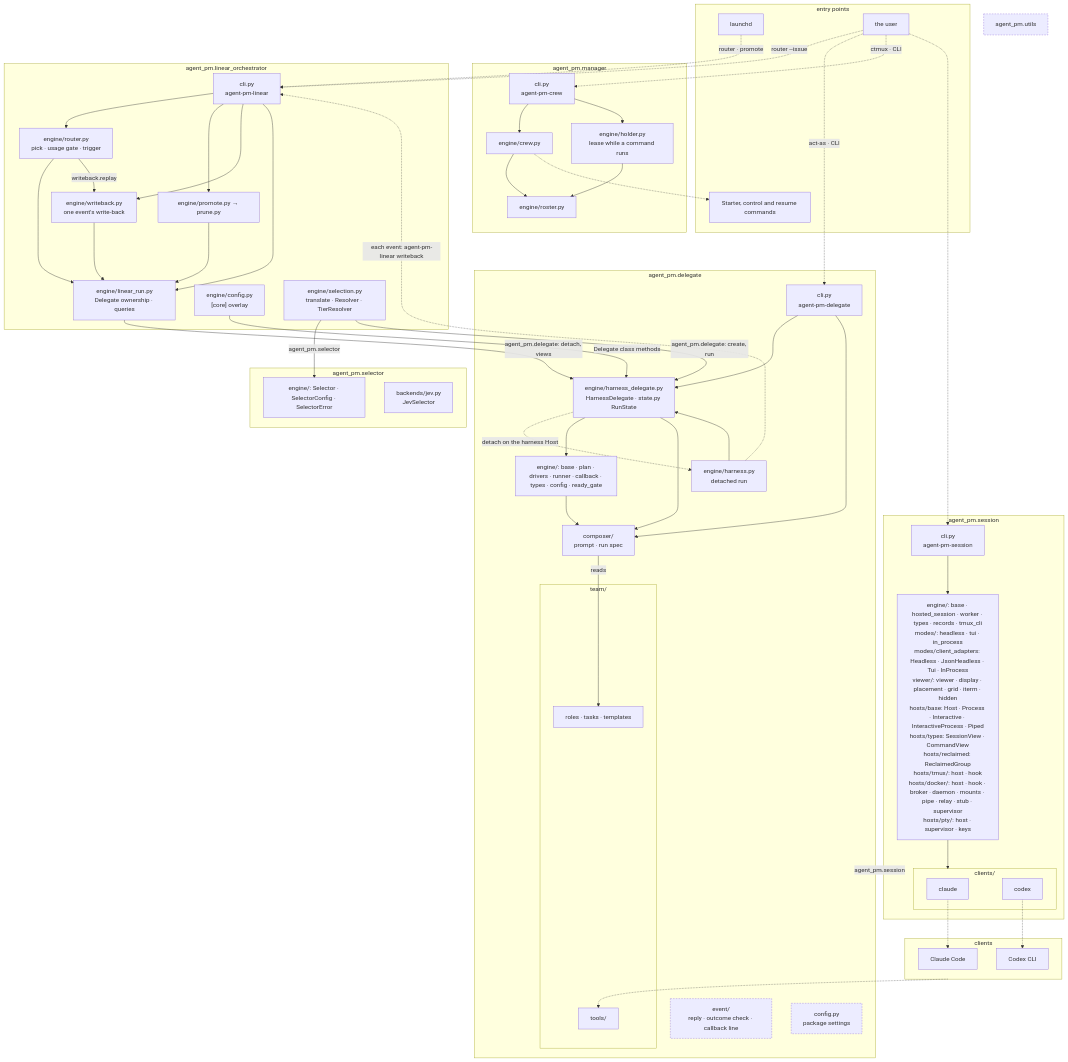
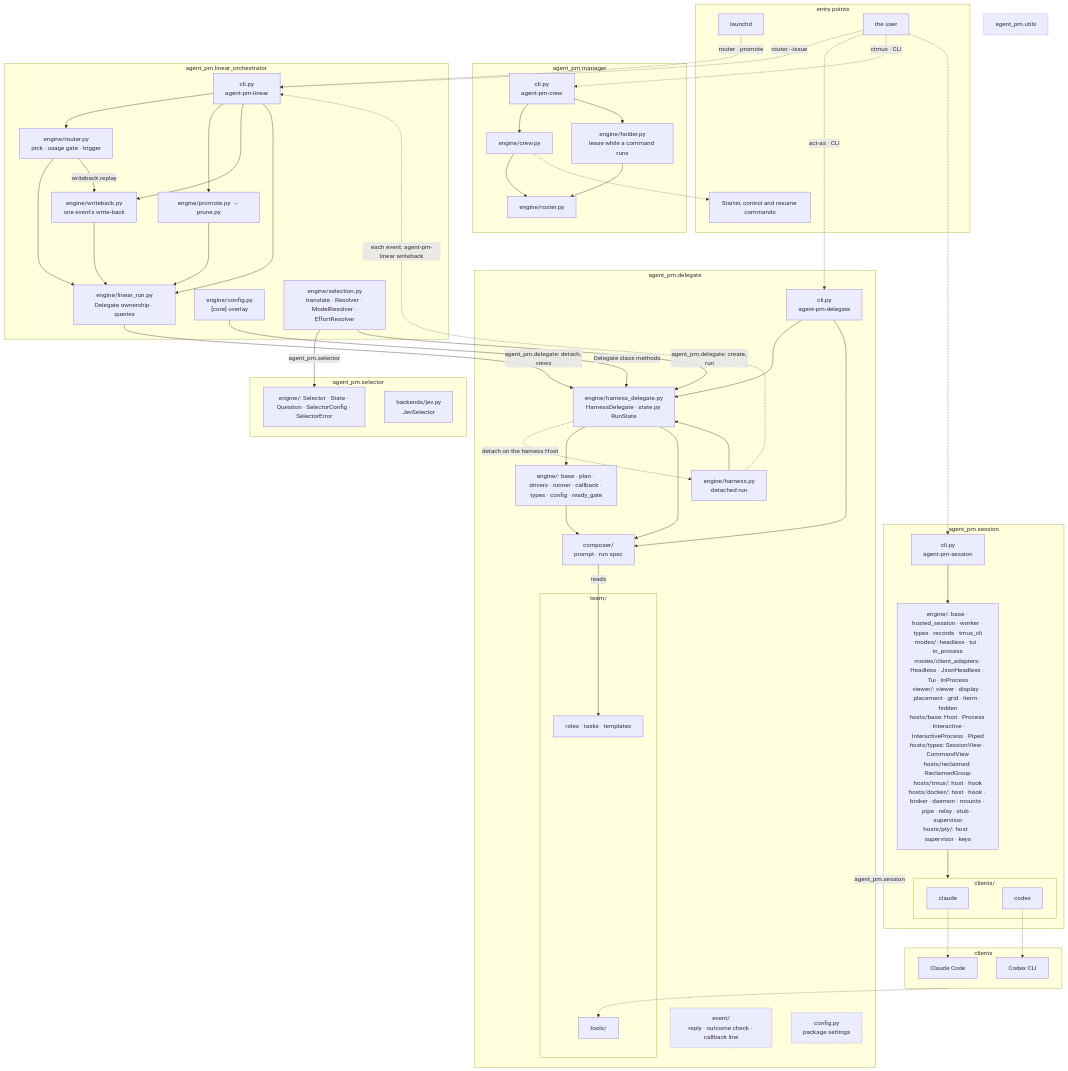
The first of 2 diagrams in docs/architecture.md (ophis/agent-pm), drawn with Mermaid before and after one commit. The commit also changed other lines of this file and 14 other files, not shown here.

Commit message:
selection: choose the model and the effort as two layers, each with its own question

````diff
--- a/docs/architecture.md
+++ b/docs/architecture.md
@@ -5,79 +5,79 @@
 ```mermaid
 flowchart TB
   subgraph EN[entry points]
     LD[launchd]
     HU[the user]
     CC[Starter, control and resume commands]
   end
   subgraph MG[agent_pm.manager]
     MC["cli.py<br>agent-pm-crew"] --> W["engine/crew.py"] --> RS["engine/roster.py"]
     MC --> HO["engine/holder.py<br>lease while a command runs"] --> RS
   end
   subgraph LO[agent_pm.linear_orchestrator]
     LCLI["cli.py<br>agent-pm-linear"]
     R["engine/router.py<br>pick · usage gate · trigger"]
     LR["engine/linear_run.py<br>Delegate ownership · queries"]
     WB["engine/writeback.py<br>one event's write-back"]
     PP["engine/promote.py → prune.py"]
     LC["engine/config.py<br>[core] overlay"]
-    SL["engine/selection.py<br>translate · Resolver · TierResolver"]
+    SL["engine/selection.py<br>translate · Resolver · ModelResolver · EffortResolver"]
   end
   subgraph SR[agent_pm.selector]
-    SS["engine/: Selector · SelectorConfig · SelectorError"]
+    SS["engine/: Selector · State · Question · SelectorConfig · SelectorError"]
     SJ["backends/jev.py<br>JevSelector"]
   end
   subgraph DL[agent_pm.delegate]
     D["cli.py<br>agent-pm-delegate"]
     HD["engine/harness_delegate.py<br>HarnessDelegate · state.py RunState"]
     H["engine/harness.py<br>detached run"]
     E["engine/: base · plan · drivers · runner · callback · types · config · ready_gate"]
     C["composer/<br>prompt · run spec"]
     EV["event/<br>reply · outcome check · callback line"]
     CF["config.py<br>package settings"]
     subgraph TM[team/]
       T["roles · tasks · templates"]
       AT[tools/]
     end
   end
   subgraph SE[agent_pm.session]
     SC["cli.py<br>agent-pm-session"]
     DR["engine/: base · hosted_session · worker · types · records · tmux_cli<br>modes/: headless · tui · in_process<br>modes/client_adapters: Headless · JsonHeadless · Tui · InProcess<br>viewer/: viewer · display · placement · grid · iterm · hidden<br>hosts/base: Host · Process · Interactive · InteractiveProcess · Piped<br>hosts/types: SessionView · CommandView<br>hosts/reclaimed: ReclaimedGroup<br>hosts/tmux/: host · hook<br>hosts/docker/: host · hook · broker · daemon · mounts · pipe · relay · stub · supervisor<br>hosts/pty/: host · supervisor · keys"]
     subgraph AD[clients/]
       CL[claude]
       CX[codex]
     end
   end
   U[agent_pm.utils]
   subgraph RT[clients]
     P1[Claude Code]
     P2[Codex CLI]
   end
   LD -.->|"router · promote"| LCLI
   HU -.->|"router --issue"| LCLI
   HU -.->|"act-as · CLI"| D
   HU -.->|"ctmux · CLI"| MC
   HU -.-> SC
   SC --> DR
   LCLI --> R & PP & WB & LR
   R & PP & WB --> LR
   R -->|"writeback.replay"| WB
   LR -->|"agent_pm.delegate: detach, views"| HD
   H -.->|"each event: agent-pm-linear writeback"| LCLI
   LC -->|"Delegate class methods"| HD
   SL -->|"agent_pm.selector"| SS
   SL -->|"agent_pm.delegate: create, run"| HD
   W -.-> CC
   D & H --> HD
   D --> C
   HD -.->|"detach on the harness Host"| H
   HD --> E & C
   E --> C
   DL -->|agent_pm.session| SE
   C -->|reads| T
   DR --> AD
   CL -.-> P1
   CX -.-> P2
   RT -.-> AT
   classDef shared stroke-dasharray: 4 3
   class EV,U,CF shared
 ```
````
